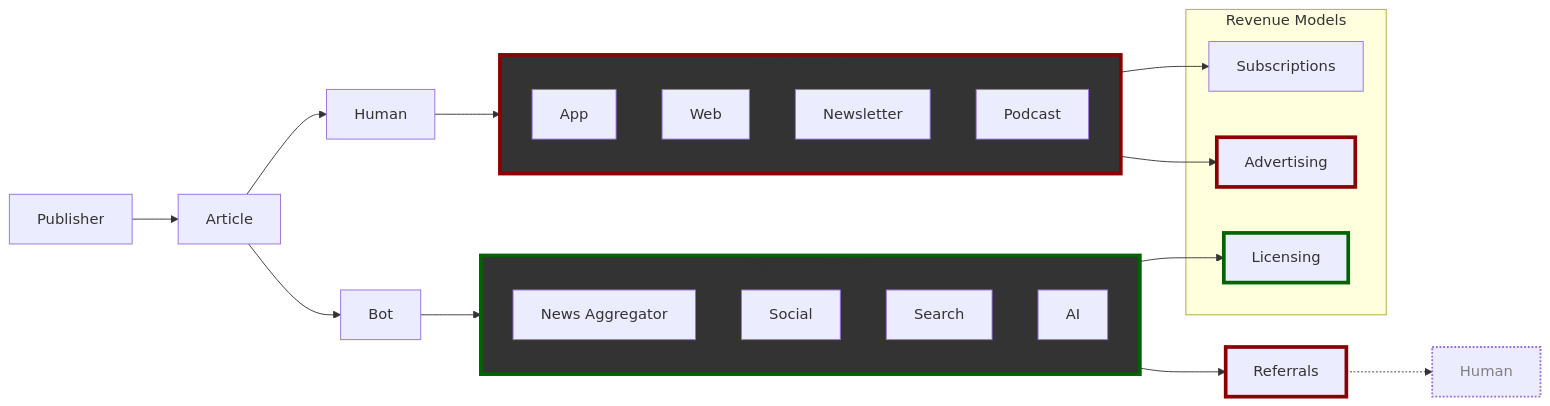
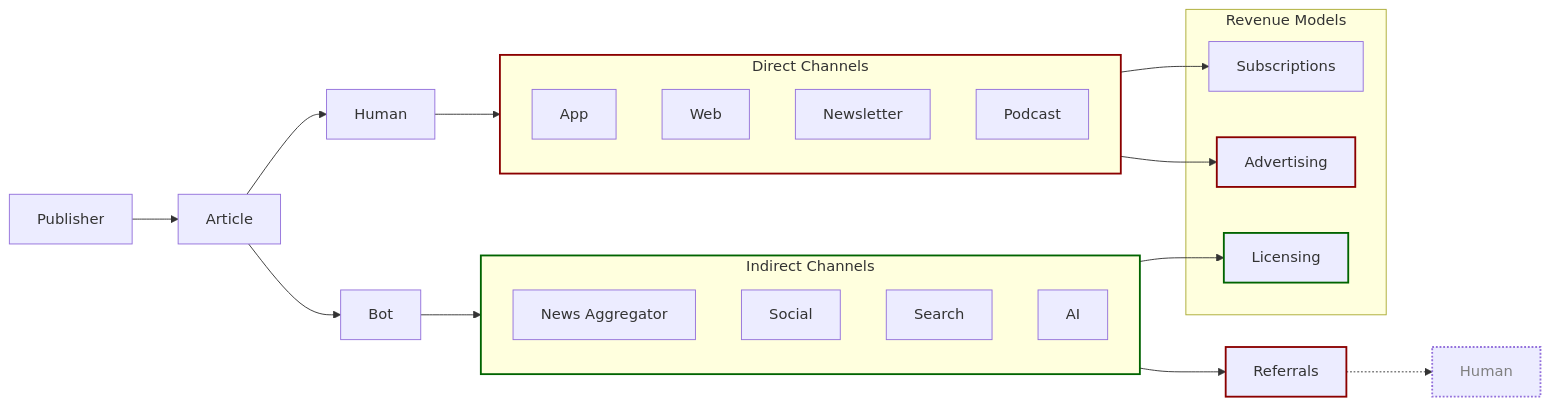
One commit to ozone-project/cafe changed the first of 2 diagrams in slide-02-the-content-value-matrix.md. Above: the diagram before and after it, drawn with Mermaid. The commit also changed 2 other files, not shown here.

Commit message:
Fix GitHub markdown compatibility issues
- Simplified Mermaid diagram styling for better GitHub rendering
- Adjusted stroke widths and styling for consistent display
- Updated Content Exchange Value Proposition title
- Improved chart formatting and visual consistency

🤖 Generated with [Claude Code](https://claude.ai/code)

````diff
--- a/slide-02-the-content-value-matrix.md
+++ b/slide-02-the-content-value-matrix.md
@@ -5,40 +5,39 @@
 ```mermaid
 
 flowchart LR
 
       subgraph Direct_Channels["Direct Channels"]
             App["App"]
             Web["Web"]
             Newsletter["Newsletter"]
             Podcast["Podcast"]
       end
 
       subgraph Indirect_Channels["Indirect Channels"]
             News["News Aggregator"]
             Social["Social"]
             Search["Search"]
             AI["AI"]
       end
 
       subgraph Revenue["Revenue Models"]
             Subscriptions["Subscriptions"]
             Advertising["Advertising"]
             Licensing["Licensing"]
       end
 
       Publisher["Publisher"] --> Article["Article"]
       Article --> Human["Human"] & Bot["Bot"]
       Human --> Direct_Channels
       Indirect_Channels --> Referrals["Referrals"] & Licensing
       Direct_Channels --> Subscriptions & Advertising
       Bot --> Indirect_Channels
       Referrals -.-> H2["Human"]
 
       style H2 stroke-width:2px, stroke-dasharray:2, color:gray
-      style Direct_Channels stroke-width:4px, stroke:darkred, fill:#333333
-      style Indirect_Channels stroke-width:4px, stroke:darkgreen, fill:#333333
-      style Advertising stroke-width:4px, stroke:darkred
-      style Referrals stroke-width:4px, stroke:darkred
-      style Licensing stroke-width:4px, stroke:darkgreen
-
+      style Direct_Channels stroke-width:2px, stroke:darkred
+      style Indirect_Channels stroke-width:2px, stroke:darkgreen
+      style Advertising stroke-width:2px, stroke:darkred
+      style Referrals stroke-width:2px, stroke:darkred
+      style Licensing stroke-width:2px, stroke:darkgreen
 ```
````
